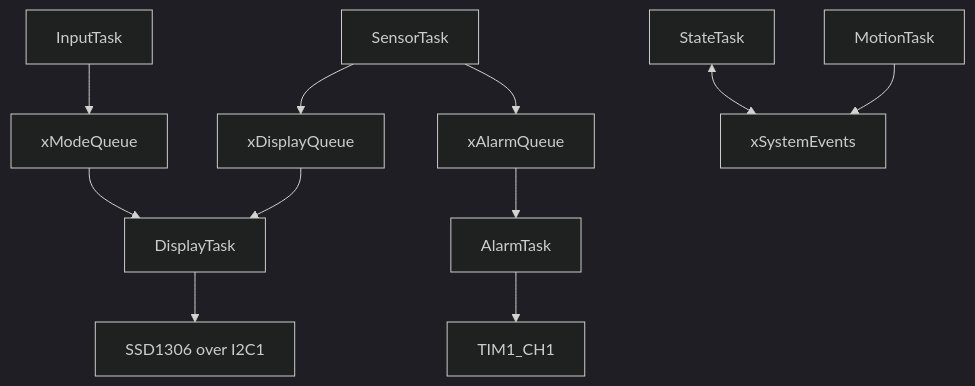
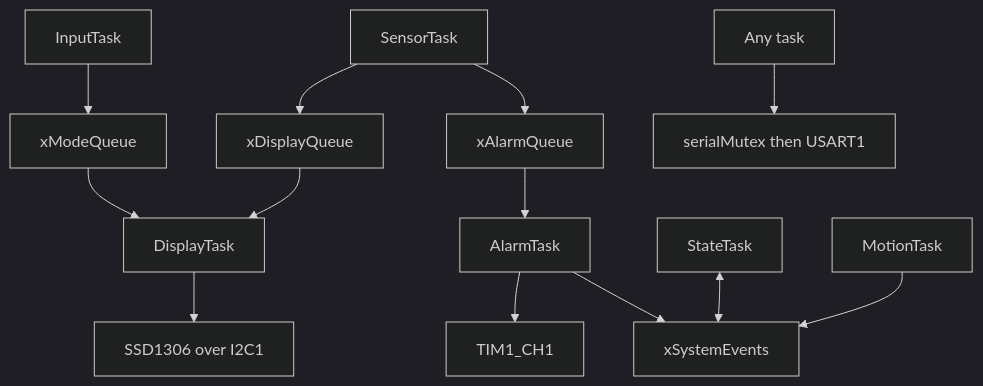
The first of 2 diagrams in README.md (johnwieljayme/bca182-freertos-multisensor), drawn with Mermaid (dark theme) before and after one commit. The commit also changed other lines of this file, not shown here.

````diff
--- a/README.md
+++ b/README.md
@@ -49,10 +28,12 @@
 ```mermaid
 flowchart TD
-	SensorTask --> DisplayQueue[xDisplayQueue] --> DisplayTask
-	SensorTask --> AlarmQueue[xAlarmQueue] --> AlarmTask
-	InputTask --> ModeQueue[xModeQueue] --> DisplayTask
-	MotionTask --> Events[xSystemEvents]
-	StateTask <--> Events
-	AlarmTask --> Buzzer[TIM1_CH1]
-	DisplayTask --> OLED[SSD1306 over I2C1]
+    SensorTask --> DisplayQueue[xDisplayQueue] --> DisplayTask
+    SensorTask --> AlarmQueue[xAlarmQueue] --> AlarmTask
+    InputTask --> ModeQueue[xModeQueue] --> DisplayTask
+    MotionTask --> Events[xSystemEvents]
+    StateTask <--> Events
+    AlarmTask --> Events
+    DisplayTask --> OLED[SSD1306 over I2C1]
+    AlarmTask --> Buzzer[TIM1_CH1]
+    AnyTask[Any task] --> Log[serialMutex then USART1]
 ```
````
